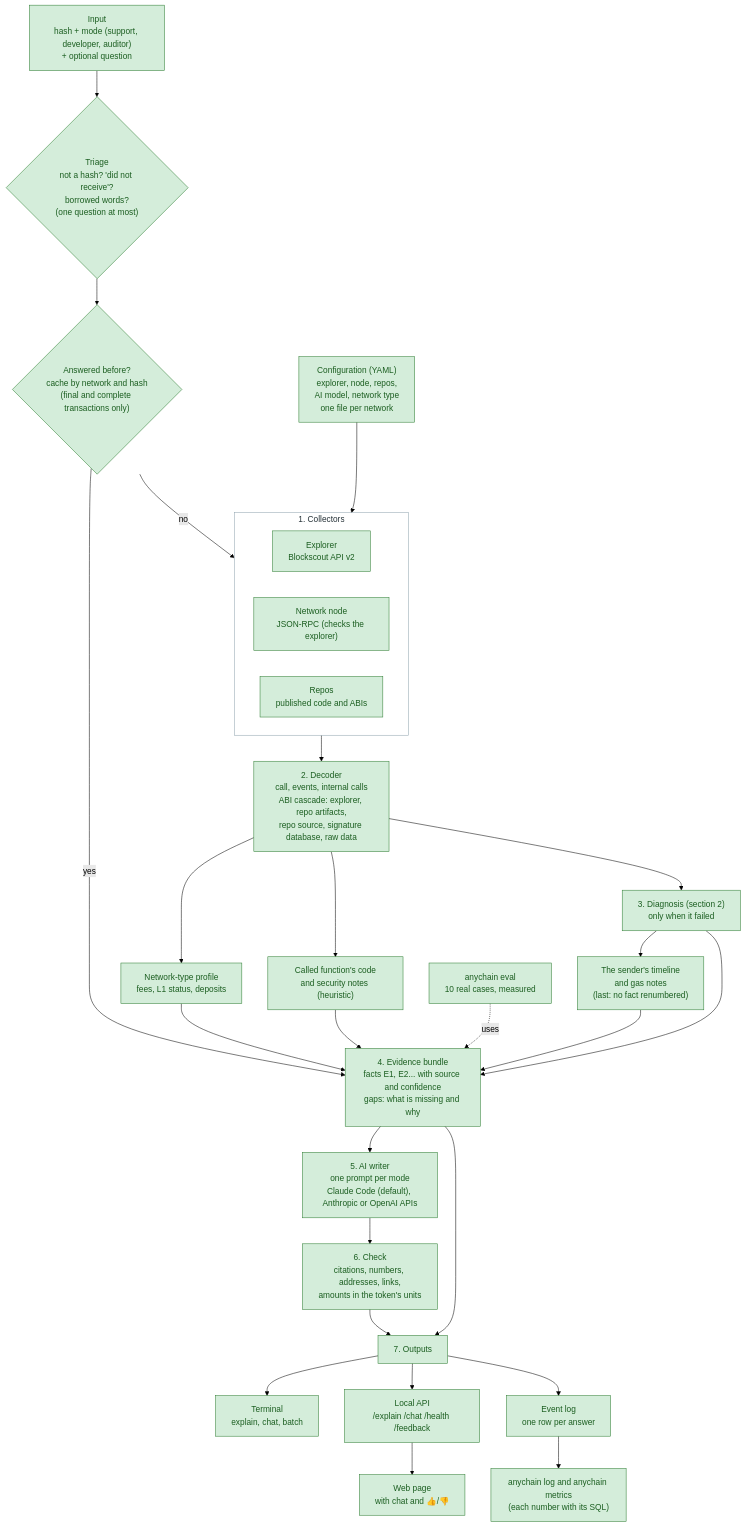
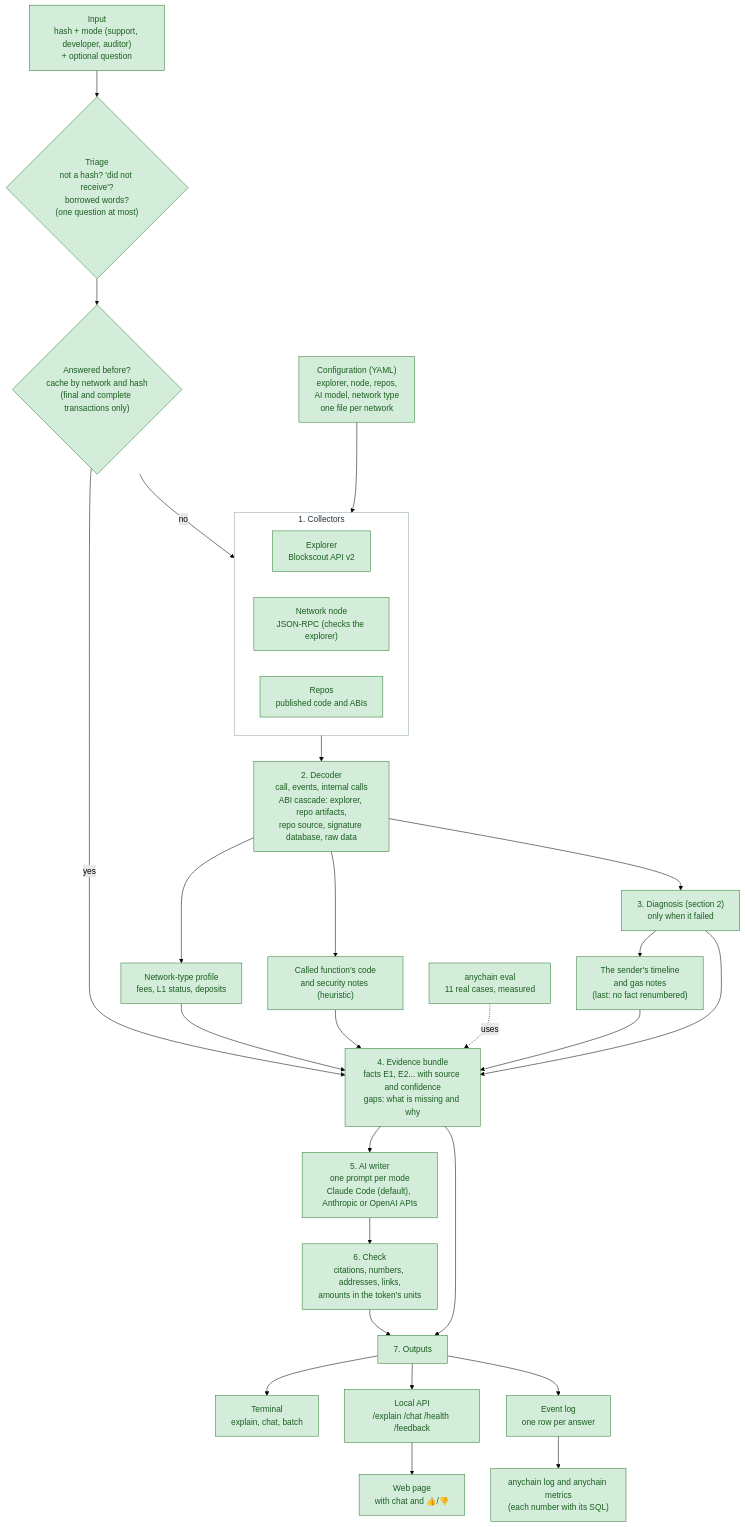
The second of 9 diagrams in docs/ARCHITECTURE.md (Ebaoj/anychain), drawn with Mermaid (forest theme) before and after one commit. The commit also changed other lines of this file and 11 other files, not shown here.

First line of the commit message:
Deliverable up to date after D59-D67: README (page, full API, all metrics SQL, impact summary, mirror note, rounding), fresh samples and eval, architecture docs to D67; support prompt keeps token names and the inner error (D68)

````diff
--- a/docs/ARCHITECTURE.md
+++ b/docs/ARCHITECTURE.md
@@ -44,41 +44,41 @@
 ```mermaid
 flowchart TD
     IN["Input<br/>hash + mode (support, developer, auditor)<br/>+ optional question"] --> TRI{"Triage<br/>not a hash? 'did not receive'?<br/>borrowed words?<br/>(one question at most)"}
     TRI --> CACHE
     CACHE{"Answered before?<br/>cache by network and hash<br/>(final and complete transactions only)"} -->|yes| BUN
     CACHE -->|no| COL
     CFG["Configuration (YAML)<br/>explorer, node, repos,<br/>AI model, network type<br/>one file per network"] --> COL
 
     subgraph COL["1. Collectors"]
         EXP["Explorer<br/>Blockscout API v2"]
         RPC["Network node<br/>JSON-RPC (checks the explorer)"]
         REPO["Repos<br/>published code and ABIs"]
     end
 
     COL --> DEC["2. Decoder<br/>call, events, internal calls<br/>ABI cascade: explorer, repo artifacts,<br/>repo source, signature database, raw data"]
     DEC --> PRO["Network-type profile<br/>fees, L1 status, deposits"]
     DEC --> CODE["Called function's code<br/>and security notes (heuristic)"]
     DEC --> DIAG["3. Diagnosis (section 2)<br/>only when it failed"]
     DIAG --> TL["The sender's timeline<br/>and gas notes<br/>(last: no fact renumbered)"]
     TL --> BUN
     PRO --> BUN
     CODE --> BUN
     DIAG --> BUN
 
     BUN["4. Evidence bundle<br/>facts E1, E2... with source and confidence<br/>gaps: what is missing and why"]
     BUN --> WRI["5. AI writer<br/>one prompt per mode<br/>Claude Code (default), Anthropic or OpenAI APIs"]
     WRI --> VAL["6. Check<br/>citations, numbers, addresses, links,<br/>amounts in the token's units"]
     VAL --> OUT["7. Outputs"]
     BUN --> OUT
 
     OUT --> CLI["Terminal<br/>explain, chat, batch"]
     OUT --> API["Local API<br/>/explain /chat /health /feedback"]
     API --> PAGE["Web page<br/>with chat and 👍/👎"]
     OUT --> LOG["Event log<br/>one row per answer"]
     LOG --> MET["anychain log and anychain metrics<br/>(each number with its SQL)"]
-    EVAL["anychain eval<br/>10 real cases, measured"] -.uses.-> BUN
+    EVAL["anychain eval<br/>11 real cases, measured"] -.uses.-> BUN
 
     classDef done fill:#d4edda,stroke:#2e7d32,color:#1b5e20
     class IN,TRI,TL,CACHE,CFG,EXP,RPC,REPO,DEC,PRO,CODE,DIAG,BUN,WRI,VAL,OUT,CLI,API,PAGE,LOG,MET,EVAL done
     style COL fill:#ffffff,stroke:#90a4ae,color:#263238
 ```
````
